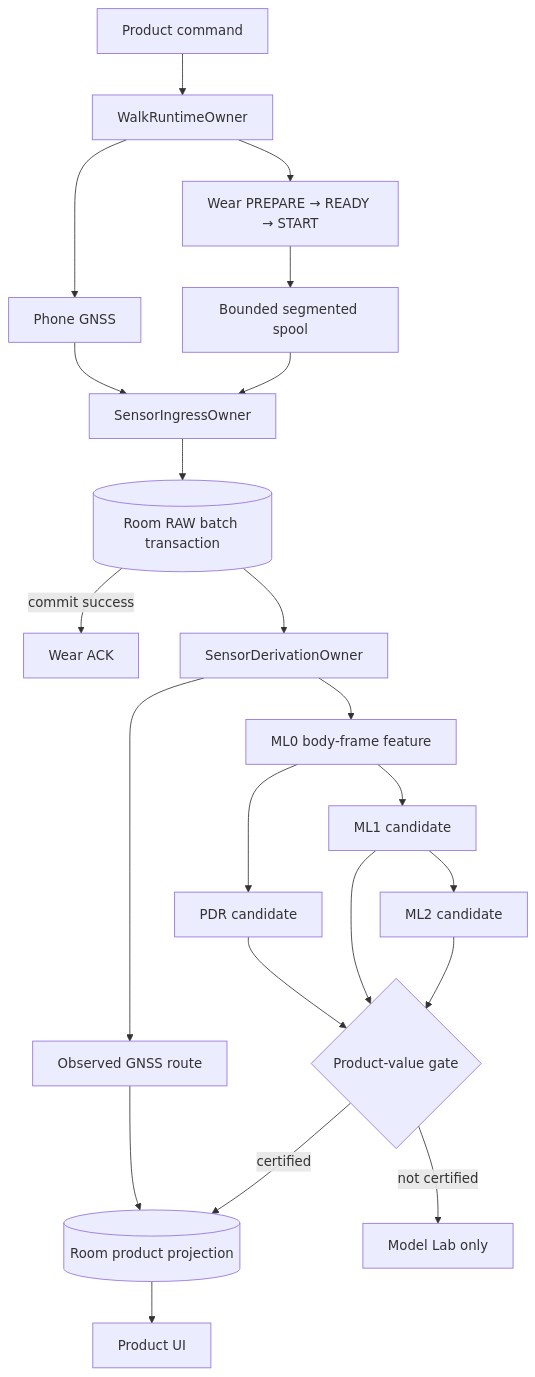
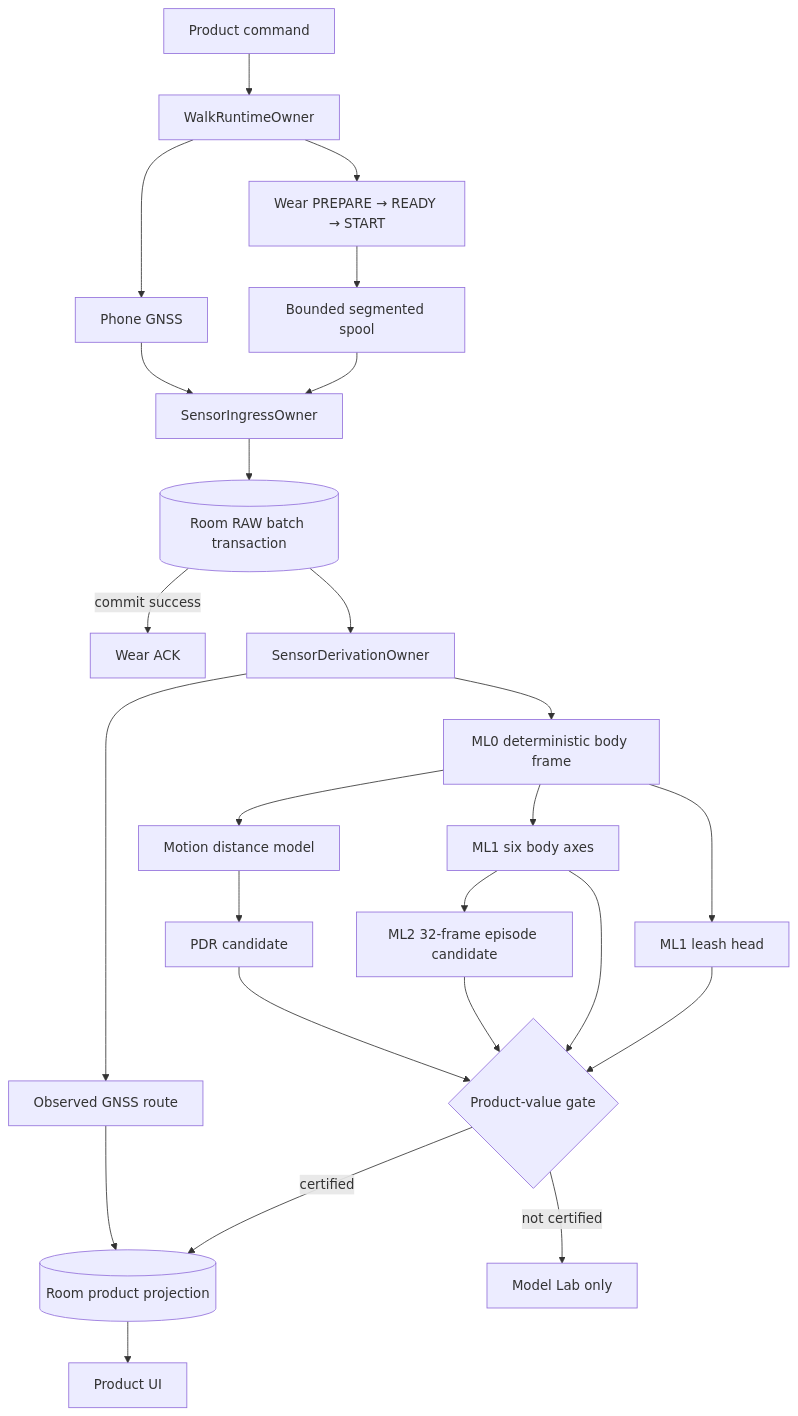
One commit to cheolgyu/kullchip-engineering-case-study changed the second of 2 diagrams in README.md. Above: the diagram before and after it, drawn with Mermaid. The commit also changed other lines of this file, not shown here.

```diff
--- a/README.md
+++ b/README.md
@@ -177,24 +180,27 @@
 ~~~mermaid
 flowchart TD
     A[Product command] --> B[WalkRuntimeOwner]
     B --> C[Phone GNSS]
     B --> D[Wear PREPARE → READY → START]
     D --> E[Bounded segmented spool]
     C --> F[SensorIngressOwner]
     E --> F
     F --> G[(Room RAW batch transaction)]
     G -->|commit success| H[Wear ACK]
     G --> I[SensorDerivationOwner]
     I --> J[Observed GNSS route]
-    I --> K[ML0 body-frame feature]
-    K --> L[PDR candidate]
-    K --> M[ML1 candidate]
-    M --> N[ML2 candidate]
+    I --> K[ML0 deterministic body frame]
+    K --> L[Motion distance model]
+    L --> S[PDR candidate]
+    K --> M[ML1 six body axes]
+    K --> T[ML1 leash head]
+    M --> N[ML2 32-frame episode candidate]
     J --> O[(Room product projection)]
-    L --> P{Product-value gate}
+    S --> P{Product-value gate}
     M --> P
+    T --> P
     N --> P
     P -->|certified| O
     P -->|not certified| Q[Model Lab only]
     O --> R[Product UI]
 ~~~
```
